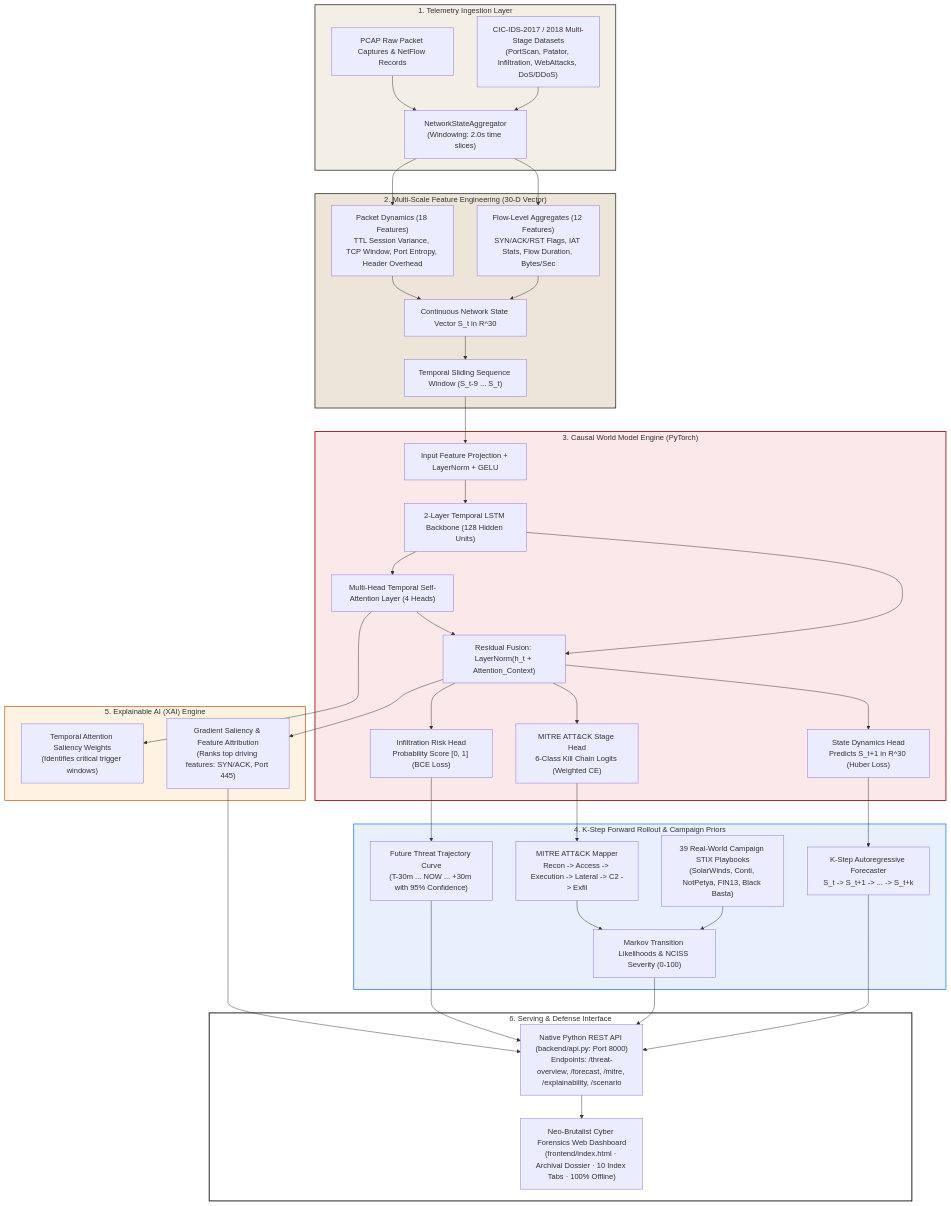
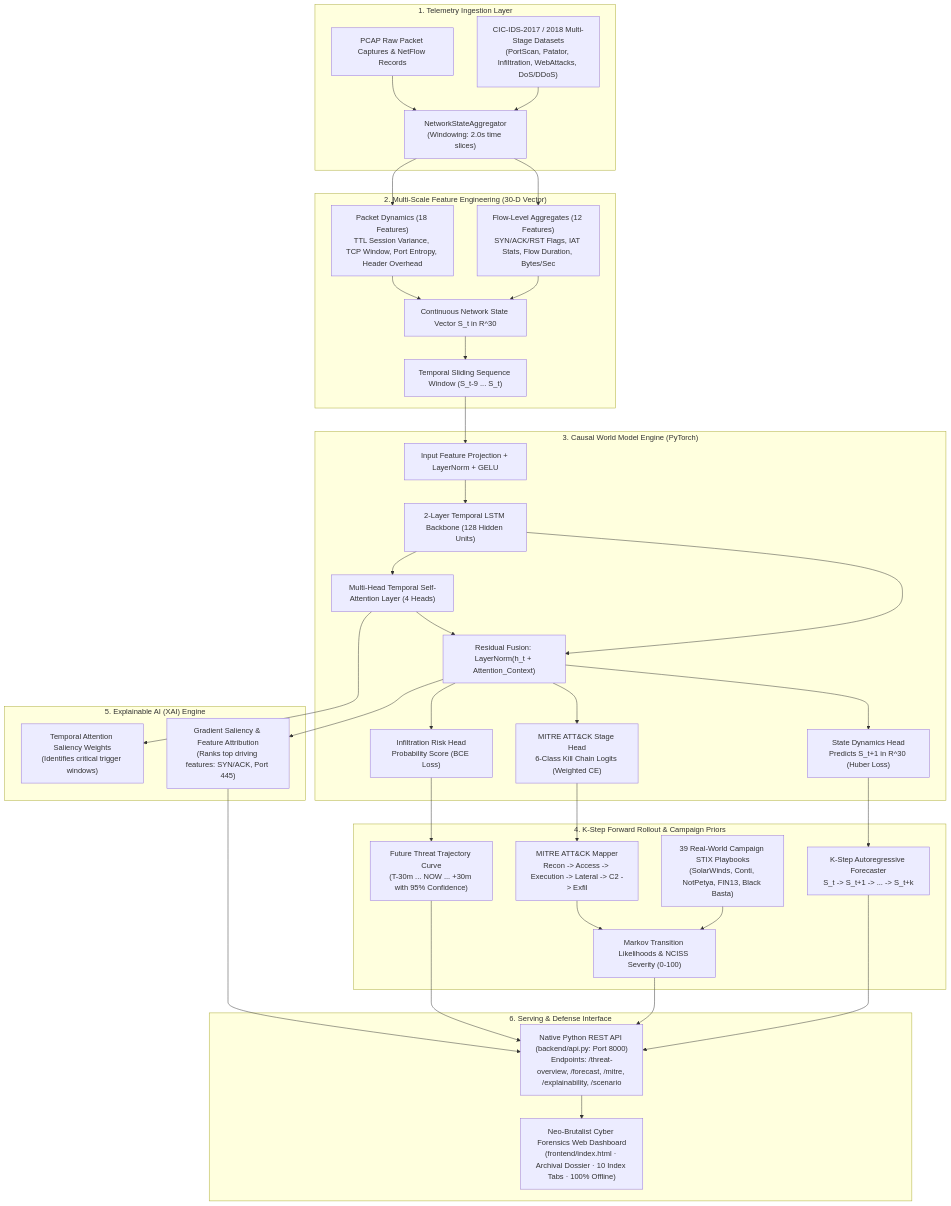
The first of 2 diagrams in README.md (Abhrxdip/attack_forecasting), drawn with Mermaid before and after one commit.

Commit message:
fix(docs): fix GitHub Mermaid rendering by replacing \n with <br/> and cleaning subgraphs

````diff
--- a/README.md
+++ b/README.md
@@ -48,59 +48,52 @@
 ```mermaid
-flowchart TB
-    subgraph INGESTION["1. Telemetry Ingestion Layer"]
-        D1["CIC-IDS-2017 / 2018 Multi-Stage Datasets\n(PortScan, Patator, Infiltration, WebAttacks, DoS/DDoS)"]
+graph TB
+    subgraph Ingestion["1. Telemetry Ingestion Layer"]
+        D1["CIC-IDS-2017 / 2018 Multi-Stage Datasets<br/>(PortScan, Patator, Infiltration, WebAttacks, DoS/DDoS)"]
         D2["PCAP Raw Packet Captures & NetFlow Records"]
-        D1 --> AGG["NetworkStateAggregator\n(Windowing: 2.0s time slices)"]
+        D1 --> AGG["NetworkStateAggregator<br/>(Windowing: 2.0s time slices)"]
         D2 --> AGG
     end
 
-    subgraph FEATURES["2. Multi-Scale Feature Engineering (30-D Vector)"]
-        AGG --> F1["Flow-Level Aggregates (12 Features)\nSYN/ACK/RST Flags, IAT Stats, Flow Duration, Bytes/Sec"]
-        AGG --> F2["Packet Dynamics (18 Features)\nTTL Session Variance, TCP Window, Port Entropy, Header Overhead"]
+    subgraph Features["2. Multi-Scale Feature Engineering (30-D Vector)"]
+        AGG --> F1["Flow-Level Aggregates (12 Features)<br/>SYN/ACK/RST Flags, IAT Stats, Flow Duration, Bytes/Sec"]
+        AGG --> F2["Packet Dynamics (18 Features)<br/>TTL Session Variance, TCP Window, Port Entropy, Header Overhead"]
         F1 --> SV["Continuous Network State Vector S_t in R^30"]
         F2 --> SV
         SV --> SEQ["Temporal Sliding Sequence Window (S_t-9 ... S_t)"]
     end
 
-    subgraph WORLD_MODEL["3. Causal World Model Engine (PyTorch)"]
+    subgraph WorldModel["3. Causal World Model Engine (PyTorch)"]
         SEQ --> EMB["Input Feature Projection + LayerNorm + GELU"]
         EMB --> LSTM["2-Layer Temporal LSTM Backbone (128 Hidden Units)"]
         LSTM --> ATTN["Multi-Head Temporal Self-Attention Layer (4 Heads)"]
         LSTM --> RES["Residual Fusion: LayerNorm(h_t + Attention_Context)"]
         ATTN --> RES
         
-        RES --> H_STATE["State Dynamics Head\nPredicts S_t+1 in R^30 (Huber Loss)"]
-        RES --> H_MITRE["MITRE ATT&CK Stage Head\n6-Class Kill Chain Logits (Weighted CE)"]
-        RES --> H_RISK["Infiltration Risk Head\nProbability Score [0, 1] (BCE Loss)"]
+        RES --> H_STATE["State Dynamics Head<br/>Predicts S_t+1 in R^30 (Huber Loss)"]
+        RES --> H_MITRE["MITRE ATT&CK Stage Head<br/>6-Class Kill Chain Logits (Weighted CE)"]
+        RES --> H_RISK["Infiltration Risk Head<br/>Probability Score (BCE Loss)"]
     end
 
-    subgraph FORECASTING["4. K-Step Forward Rollout & Campaign Priors"]
-        H_STATE --> ROLLOUT["K-Step Autoregressive Forecaster\nS_t -> S_t+1 -> ... -> S_t+k"]
-        H_MITRE --> MITRE["MITRE ATT&CK Mapper\nRecon -> Access -> Execution -> Lateral -> C2 -> Exfil"]
-        H_RISK --> TRAJ["Future Threat Trajectory Curve\n(T-30m ... NOW ... +30m with 95% Confidence)"]
+    subgraph Forecasting["4. K-Step Forward Rollout & Campaign Priors"]
+        H_STATE --> ROLLOUT["K-Step Autoregressive Forecaster<br/>S_t -> S_t+1 -> ... -> S_t+k"]
+        H_MITRE --> MITRE["MITRE ATT&CK Mapper<br/>Recon -> Access -> Execution -> Lateral -> C2 -> Exfil"]
+        H_RISK --> TRAJ["Future Threat Trajectory Curve<br/>(T-30m ... NOW ... +30m with 95% Confidence)"]
         
-        CAMP["39 Real-World Campaign STIX Playbooks\n(SolarWinds, Conti, NotPetya, FIN13, Black Basta)"] --> MARKOV["Markov Transition Likelihoods & NCISS Severity (0-100)"]
+        CAMP["39 Real-World Campaign STIX Playbooks<br/>(SolarWinds, Conti, NotPetya, FIN13, Black Basta)"] --> MARKOV["Markov Transition Likelihoods & NCISS Severity (0-100)"]
         MITRE --> MARKOV
     end
 
-    subgraph EXPLAINABILITY["5. Explainable AI (XAI) Engine"]
-        ATTN --> ATTN_W["Temporal Attention Saliency Weights\n(Identifies critical trigger windows)"]
-        RES --> SALIENCY["Gradient Saliency & Feature Attribution\n(Ranks top driving features: SYN/ACK, Port 445)"]
+    subgraph Explainability["5. Explainable AI (XAI) Engine"]
+        ATTN --> ATTN_W["Temporal Attention Saliency Weights<br/>(Identifies critical trigger windows)"]
+        RES --> SALIENCY["Gradient Saliency & Feature Attribution<br/>(Ranks top driving features: SYN/ACK, Port 445)"]
     end
 
-    subgraph SERVING["6. Serving & Defense Interface"]
-        ROLLOUT --> API["Native Python REST API (backend/api.py: Port 8000)\nEndpoints: /threat-overview, /forecast, /mitre, /explainability, /scenario"]
+    subgraph Serving["6. Serving & Defense Interface"]
+        ROLLOUT --> API["Native Python REST API (backend/api.py: Port 8000)<br/>Endpoints: /threat-overview, /forecast, /mitre, /explainability, /scenario"]
         MARKOV --> API
         TRAJ --> API
         SALIENCY --> API
         
-        API --> UI["Neo-Brutalist Cyber Forensics Web Dashboard\n(frontend/index.html · Archival Dossier · 10 Index Tabs · 100% Offline)"]
+        API --> UI["Neo-Brutalist Cyber Forensics Web Dashboard<br/>(frontend/index.html · Archival Dossier · 10 Index Tabs · 100% Offline)"]
     end
-
-    style INGESTION fill:#f4efe6,stroke:#1a1a1a,stroke-width:1.5px
-    style FEATURES fill:#ece5d8,stroke:#1a1a1a,stroke-width:1.5px
-    style WORLD_MODEL fill:#fbe8e8,stroke:#a82020,stroke-width:2px
-    style FORECASTING fill:#e8f0fe,stroke:#1a73e8,stroke-width:1.5px
-    style EXPLAINABILITY fill:#fef3e2,stroke:#c85a17,stroke-width:1.5px
-    style SERVING fill:#ffffff,stroke:#1a1a1a,stroke-width:2px
 ```
````
